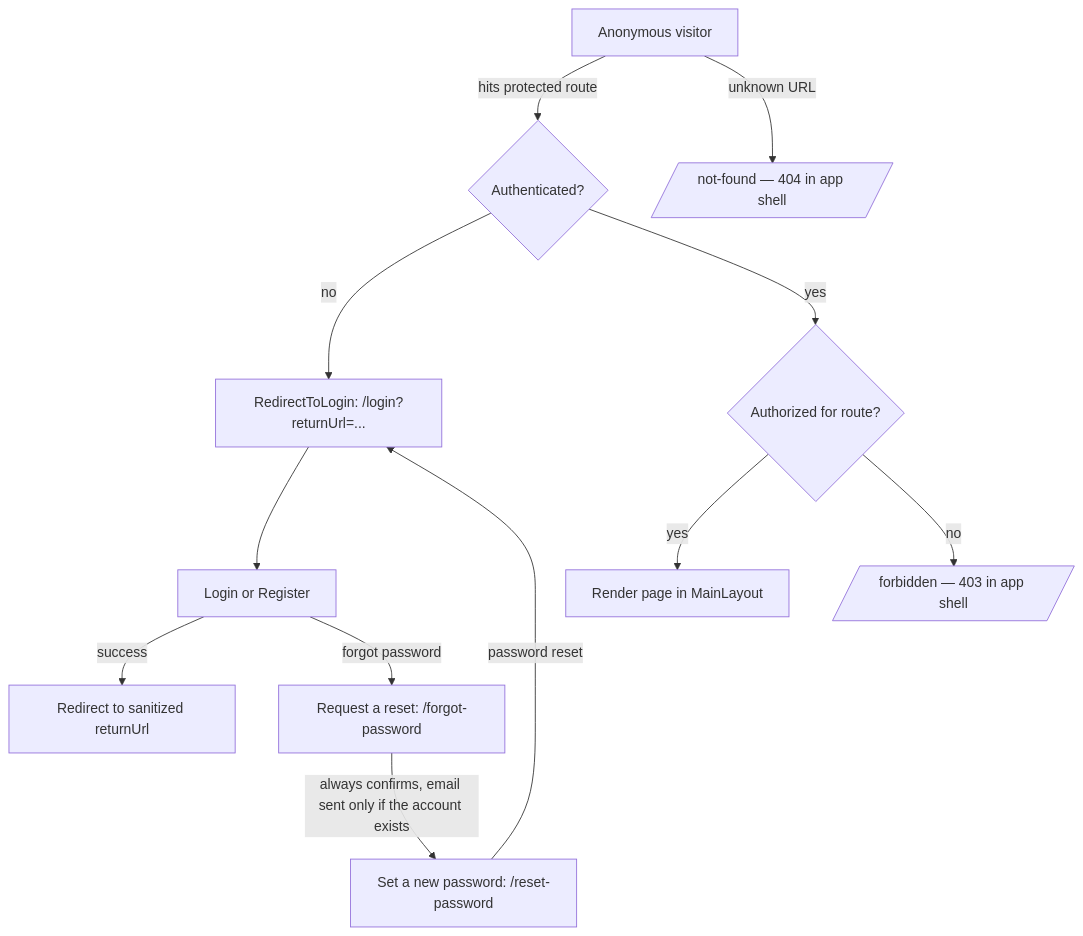
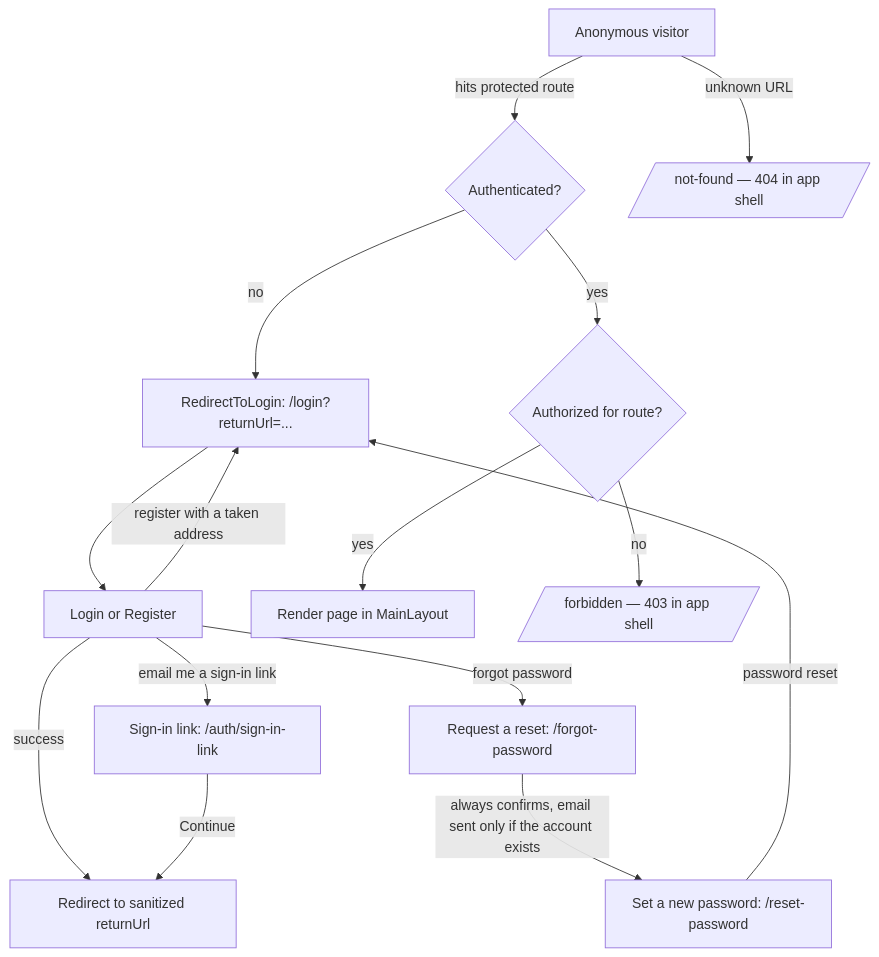
The first of 2 diagrams in NavigationFlow.md (ivanball/MMCA.Common), drawn with Mermaid before and after one commit. The commit also changed other lines of this file and 61 other files, not shown here.

First line of the commit message:
feat: silent mobile sign-out fixes, opt-in sign-in links, duplicate-email hand-off, CsvReader (#654)

````diff
--- a/NavigationFlow.md
+++ b/NavigationFlow.md
@@ -61,14 +62,17 @@
 ```mermaid
 flowchart TD
     A[Anonymous visitor] -->|hits protected route| B{Authenticated?}
     B -- no --> C[RedirectToLogin: /login?returnUrl=...]
     C --> D[Login or Register]
     D -->|success| E[Redirect to sanitized returnUrl]
     D -->|forgot password| J[Request a reset: /forgot-password]
     J -->|always confirms, email sent only if the account exists| K[Set a new password: /reset-password]
     K -->|password reset| C
+    D -->|register with a taken address| C
+    D -->|email me a sign-in link| M[Sign-in link: /auth/sign-in-link]
+    M -->|Continue| E
     B -- yes --> F{Authorized for route?}
     F -- yes --> G[Render page in MainLayout]
     F -- no --> H[/forbidden — 403 in app shell/]
     A -->|unknown URL| I[/not-found — 404 in app shell/]
 ```
````
